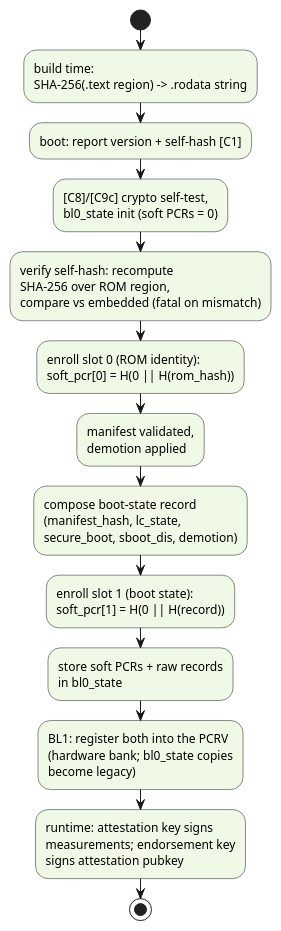
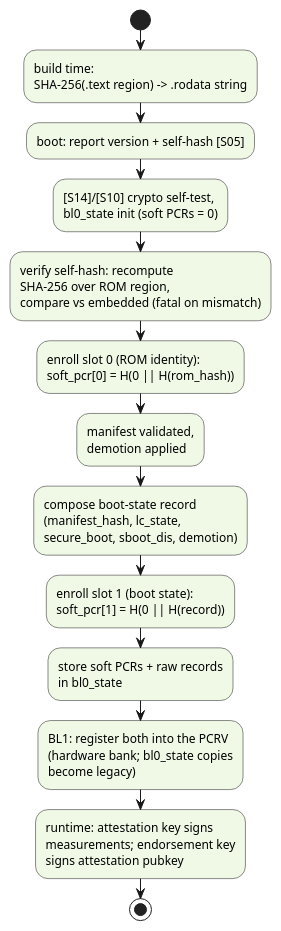
One commit to tenstorrent/tt-oca-harness changed diagram 13 of 15 in hw/sys/sep/bootrom/prod/doc/rom.adoc. Above: the diagram before and after it, drawn with PlantUML. The commit also changed other lines of this file and 28 other files, not shown here.

```diff
--- a/hw/sys/sep/bootrom/prod/doc/rom.adoc
+++ b/hw/sys/sep/bootrom/prod/doc/rom.adoc
@@ -2398,33 +2419,33 @@
 [plantuml,measurement-compose,svg]
 ----
 @startuml
 skinparam ActivityBackgroundColor #f0f8e6
 start
 :build time:
 SHA-256(.text region) -> .rodata string;
-:boot: report version + self-hash [C1];
-:[C8]/[C9c] crypto self-test,
+:boot: report version + self-hash [S05];
+:[S14]/[S10] crypto self-test,
 bl0_state init (soft PCRs = 0);
 :verify self-hash: recompute
 SHA-256 over ROM region,
 compare vs embedded (fatal on mismatch);
 :enroll slot 0 (ROM identity):
 soft_pcr[0] = H(0 || H(rom_hash));
 :manifest validated,
 demotion applied;
 :compose boot-state record
 (manifest_hash, lc_state,
 secure_boot, sboot_dis, demotion);
 :enroll slot 1 (boot state):
 soft_pcr[1] = H(0 || H(record));
 :store soft PCRs + raw records
 in bl0_state;
 :BL1: register both into the PCRV
 (hardware bank; bl0_state copies
 become legacy);
 :runtime: attestation key signs
 measurements; endorsement key
 signs attestation pubkey;
 stop
 @enduml
 ----
```
